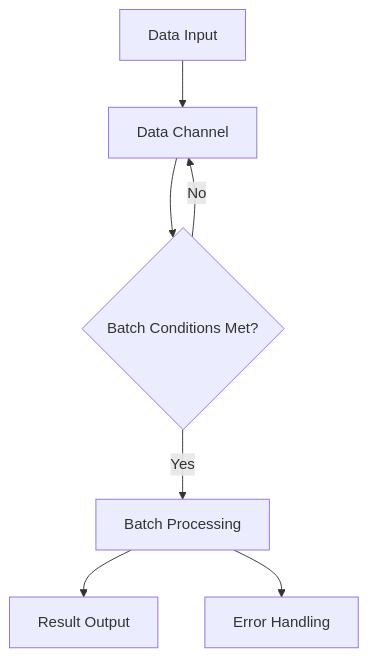
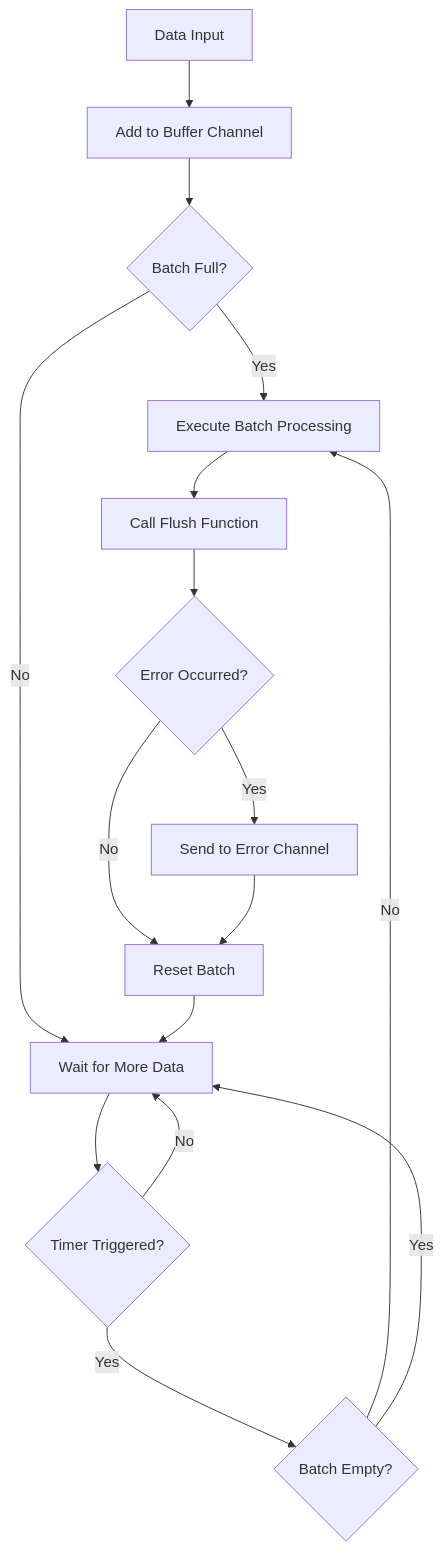
Before and after one commit to rushairer/go-pipeline: the first of 2 diagrams in README.md, drawn with Mermaid. The commit also changed other lines of this file and 2 other files, not shown here.

````diff
--- a/README.md
+++ b/README.md
@@ -59,9 +90,18 @@
 ```mermaid
 graph TD
-    A[Data Input] --> B[Data Channel]
-    B --> C{Batch Conditions Met?}
-    C -->|Yes| D[Batch Processing]
-    C -->|No| B
-    D --> E[Result Output]
-    D --> F[Error Handling]
+    A[Data Input] --> B[Add to Buffer Channel]
+    B --> C{Batch Full?}
+    C -->|Yes| D[Execute Batch Processing]
+    C -->|No| E[Wait for More Data]
+    E --> F{Timer Triggered?}
+    F -->|Yes| G{Batch Empty?}
+    G -->|No| D
+    G -->|Yes| E
+    F -->|No| E
+    D --> H[Call Flush Function]
+    H --> I{Error Occurred?}
+    I -->|Yes| J[Send to Error Channel]
+    I -->|No| K[Reset Batch]
+    J --> K
+    K --> E
 ```
````
